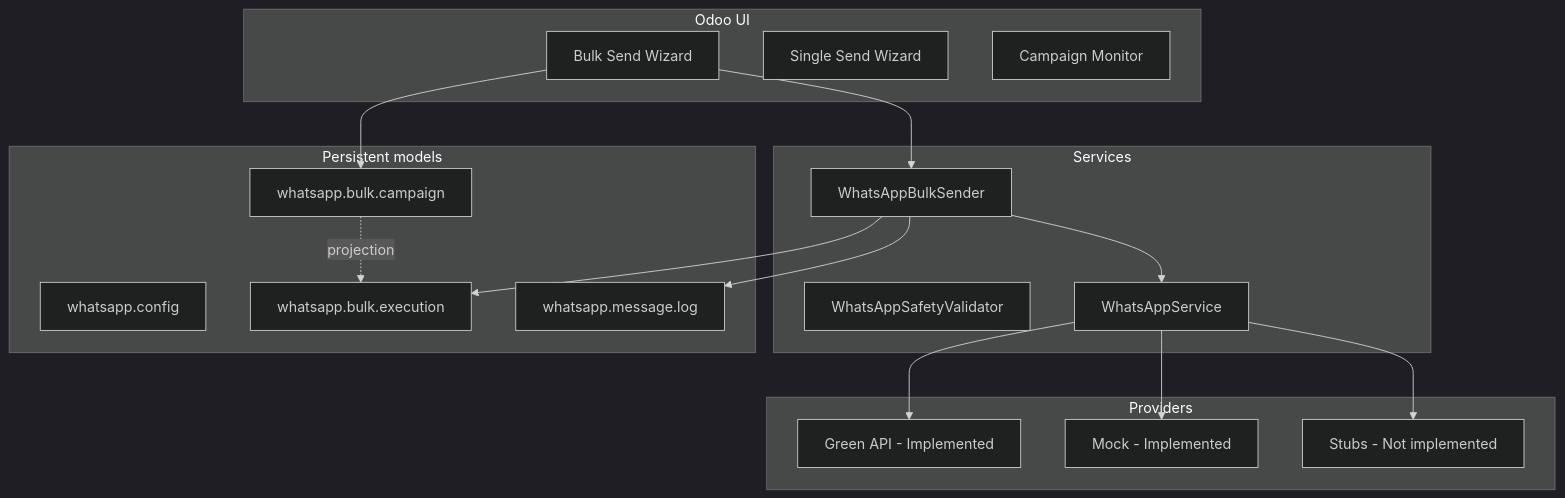
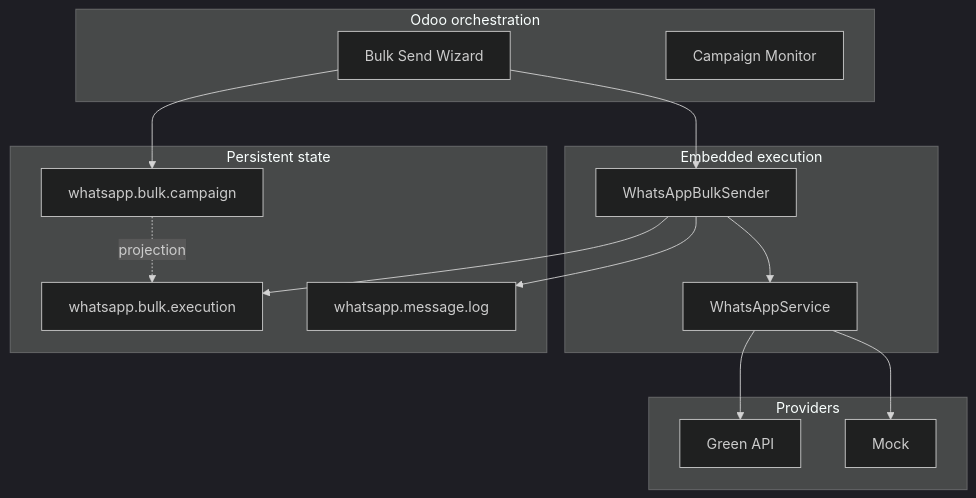
One commit to nagwagabr-rwpst/odoo-whatsapp-platform changed the diagram in docs/README.md. Above: the diagram before and after it, drawn with Mermaid (dark theme). The commit also changed other lines of this file and 136 other files, not shown here.

Commit message:
refactor: introduce RWPST RelayRuntime runtime architecture

````diff
--- a/docs/README.md
+++ b/docs/README.md
@@ -76,33 +106,28 @@
 ```mermaid
 flowchart TB
-    subgraph UI["Odoo UI"]
+    subgraph UI["Odoo orchestration"]
         WZ[Bulk Send Wizard]
-        SW[Single Send Wizard]
         MON[Campaign Monitor]
     end
-    subgraph Models["Persistent models"]
-        CFG[whatsapp.config]
+    subgraph Models["Persistent state"]
         CAMP[whatsapp.bulk.campaign]
         EXEC[whatsapp.bulk.execution]
         LOG[whatsapp.message.log]
     end
-    subgraph Services["Services"]
+    subgraph Runtime["Embedded execution"]
         BULK[WhatsAppBulkSender]
-        SAFE[WhatsAppSafetyValidator]
         FACADE[WhatsAppService]
     end
     subgraph Providers["Providers"]
-        GREEN[Green API - Implemented]
-        MOCK[Mock - Implemented]
-        STUB[Stubs - Not implemented]
+        GREEN[Green API]
+        MOCK[Mock]
     end
     WZ --> CAMP
     WZ --> BULK
     BULK --> EXEC
     BULK --> LOG
     BULK --> FACADE
     FACADE --> GREEN
     FACADE --> MOCK
-    FACADE --> STUB
     CAMP -. projection .-> EXEC
 ```
````
